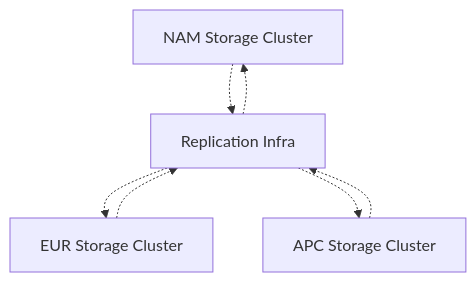
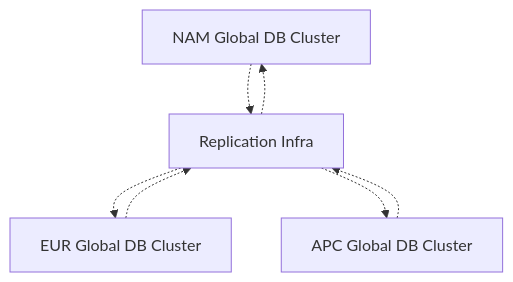
One commit to suds05/TFIdentityPoc changed the second of 3 diagrams in global_service_model.md. Above: the diagram before and after it, drawn with Mermaid. The commit also changed other lines of this file, not shown here.

````diff
--- a/global_service_model.md
+++ b/global_service_model.md
@@ -142,13 +148,13 @@
 ```mermaid
 graph
-  U1[NAM Storage Cluster]
-  U2[EUR Storage Cluster]
-  U3[APC Storage Cluster]
+  U1[NAM Global DB Cluster]
+  U2[EUR Global DB Cluster]
+  U3[APC Global DB Cluster]
   S[Replication Infra]
   U1-.->S
   U2-.->S
   U3-.->S
   S-.->U1
   S-.->U2
   S-.->U3
 ```
````
